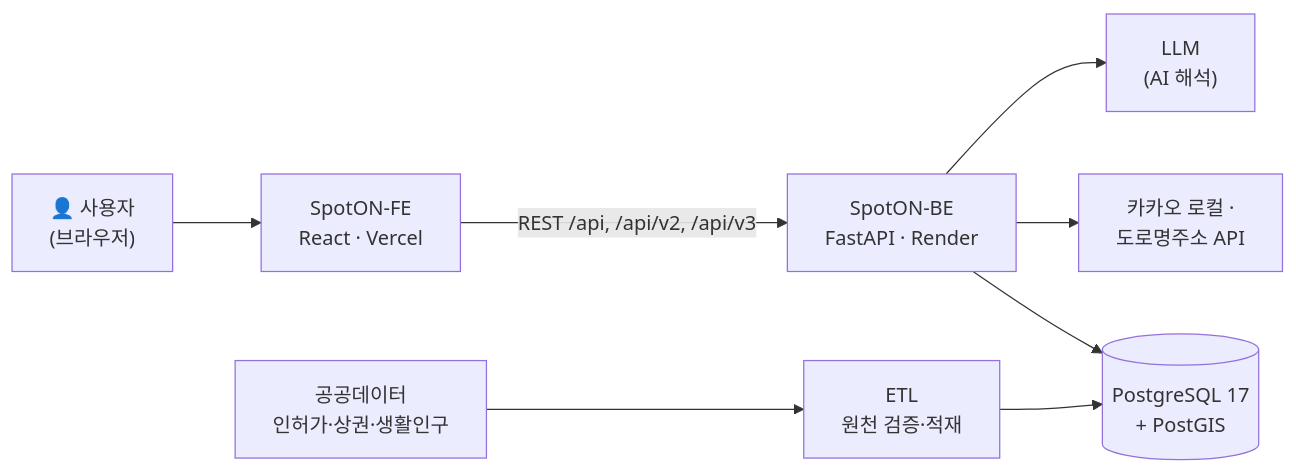
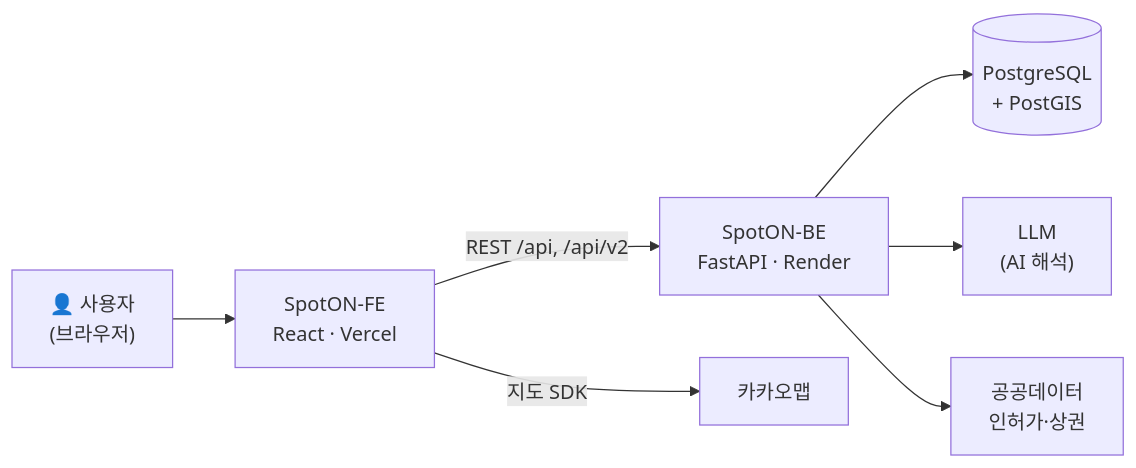
Before and after one commit to sigoreu-jabeujong/SpotON-BE: the diagram in README.md, drawn with Mermaid. The commit also changed other lines of this file, not shown here.

````diff
--- a/README.md
+++ b/README.md
@@ -321,10 +303,9 @@
 ```mermaid
 flowchart LR
     U["👤 사용자<br/>(브라우저)"] --> FE["SpotON-FE<br/>React · Vercel"]
-    FE -- "REST /api, /api/v2, /api/v3" --> BE["SpotON-BE<br/>FastAPI · Render"]
-    BE --> DB[("PostgreSQL 17<br/>+ PostGIS")]
-    BE --> K["카카오 로컬 ·<br/>도로명주소 API"]
+    FE -- "REST /api, /api/v2" --> BE["SpotON-BE<br/>FastAPI · Render"]
+    FE -- "지도 SDK" --> K["카카오맵"]
+    BE --> DB[("PostgreSQL<br/>+ PostGIS")]
     BE --> AI["LLM<br/>(AI 해석)"]
-    ETL["ETL<br/>원천 검증·적재"] --> DB
-    P["공공데이터<br/>인허가·상권·생활인구"] --> ETL
+    BE --> P["공공데이터<br/>인허가·상권"]
 ```
````
